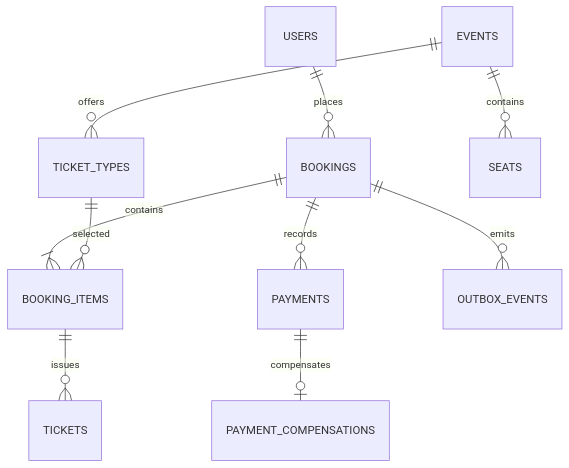
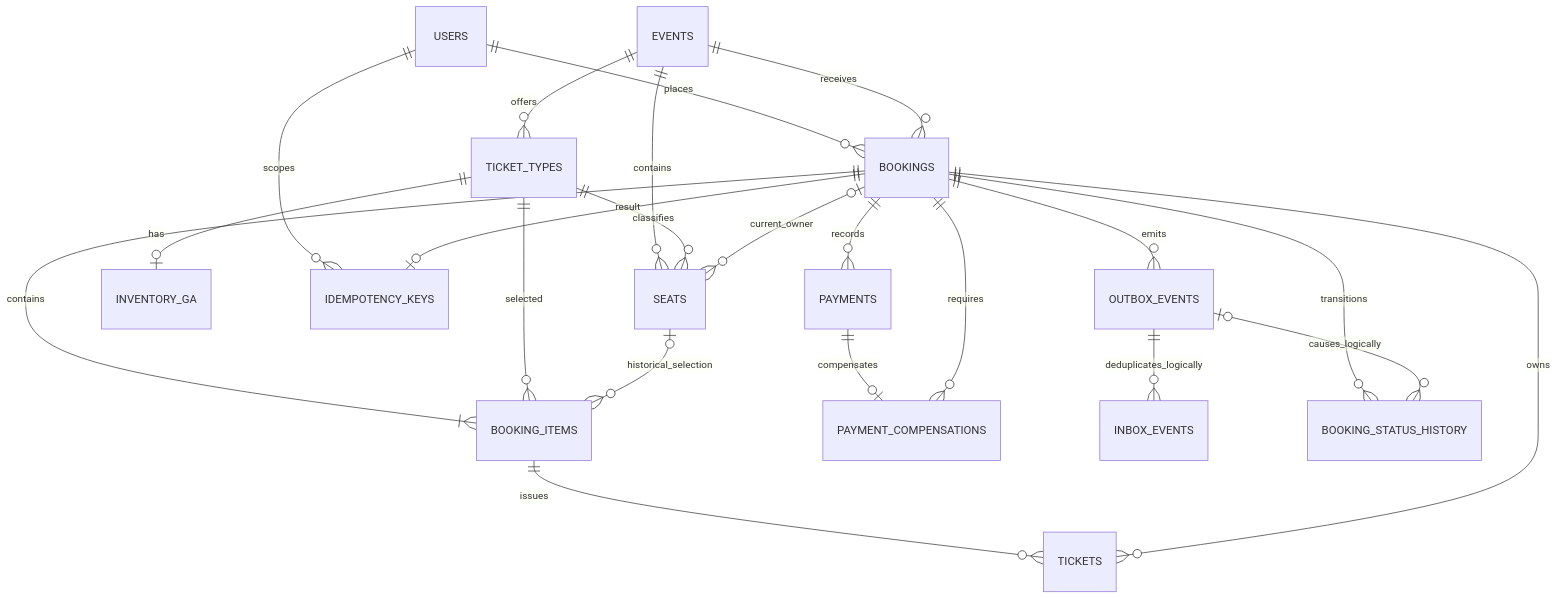
The diagram in docs/DATA_MODEL.md (Haolo333z/event-ticketing-platform), drawn with Mermaid before and after one commit. The commit also changed other lines of this file and 20 other files, not shown here.

```diff
--- a/docs/DATA_MODEL.md
+++ b/docs/DATA_MODEL.md
@@ -14,12 +14,24 @@
 ~~~mermaid
 erDiagram
     USERS ||--o{ BOOKINGS : places
+    EVENTS ||--o{ BOOKINGS : receives
     EVENTS ||--o{ TICKET_TYPES : offers
     EVENTS ||--o{ SEATS : contains
+    TICKET_TYPES ||--o{ SEATS : classifies
+    TICKET_TYPES ||--o| INVENTORY_GA : has
     BOOKINGS ||--|{ BOOKING_ITEMS : contains
     TICKET_TYPES ||--o{ BOOKING_ITEMS : selected
+    SEATS o|--o{ BOOKING_ITEMS : historical_selection
+    BOOKINGS o|--o{ SEATS : current_owner
+    USERS ||--o{ IDEMPOTENCY_KEYS : scopes
+    BOOKINGS ||--o| IDEMPOTENCY_KEYS : result
     BOOKINGS ||--o{ PAYMENTS : records
     PAYMENTS ||--o| PAYMENT_COMPENSATIONS : compensates
+    BOOKINGS ||--o{ PAYMENT_COMPENSATIONS : requires
     BOOKING_ITEMS ||--o{ TICKETS : issues
+    BOOKINGS ||--o{ TICKETS : owns
     BOOKINGS ||--o{ OUTBOX_EVENTS : emits
+    OUTBOX_EVENTS ||--o{ INBOX_EVENTS : deduplicates_logically
+    BOOKINGS ||--o{ BOOKING_STATUS_HISTORY : transitions
+    OUTBOX_EVENTS o|--o{ BOOKING_STATUS_HISTORY : causes_logically
 ~~~
```
